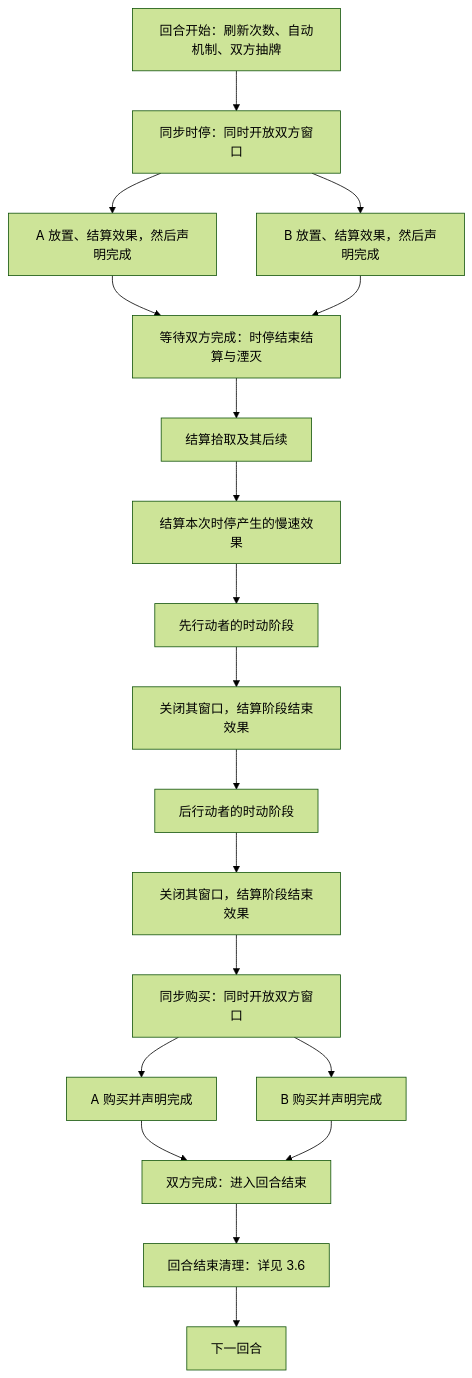
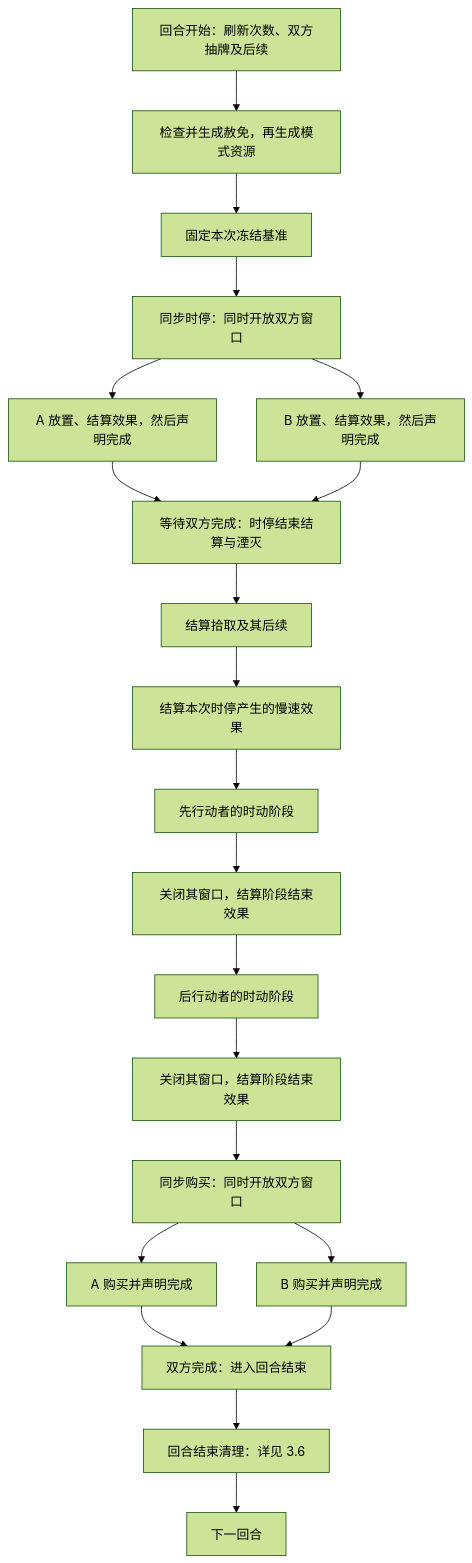
One commit to Time-Block-Hero/tbh-website changed the first of 2 diagrams in docs/rules/common/rounds.md. Above: the diagram before and after it, drawn with Mermaid (forest theme). The commit also changed other lines of this file and 10 other files, not shown here.

````diff
--- a/docs/rules/common/rounds.md
+++ b/docs/rules/common/rounds.md
@@ -17,22 +17,24 @@
 ```mermaid
 flowchart TD
-  start["回合开始：刷新次数、自动机制、双方抽牌"]
-  start --> stop["同步时停：同时开放双方窗口"]
+  start["回合开始：刷新次数、双方抽牌及后续"]
+  start --> relief["检查并生成赦免，再生成模式资源"]
+  relief --> freeze["固定本次冻结基准"]
+  freeze --> stop["同步时停：同时开放双方窗口"]
   stop --> a["A 放置、结算效果，然后声明完成"]
   stop --> b["B 放置、结算效果，然后声明完成"]
   a --> join["等待双方完成：时停结束结算与湮灭"]
   b --> join
   join --> pickup["结算拾取及其后续"]
   pickup --> slow["结算本次时停产生的慢速效果"]
   slow --> first["先行动者的时动阶段"]
   first --> firstEnd["关闭其窗口，结算阶段结束效果"]
   firstEnd --> second["后行动者的时动阶段"]
   second --> secondEnd["关闭其窗口，结算阶段结束效果"]
   secondEnd --> shop["同步购买：同时开放双方窗口"]
   shop --> buyA["A 购买并声明完成"]
   shop --> buyB["B 购买并声明完成"]
   buyA --> finish["双方完成：进入回合结束"]
   buyB --> finish
   finish --> clean["回合结束清理：详见 3.6"]
   clean --> next["下一回合"]
 ```
````
